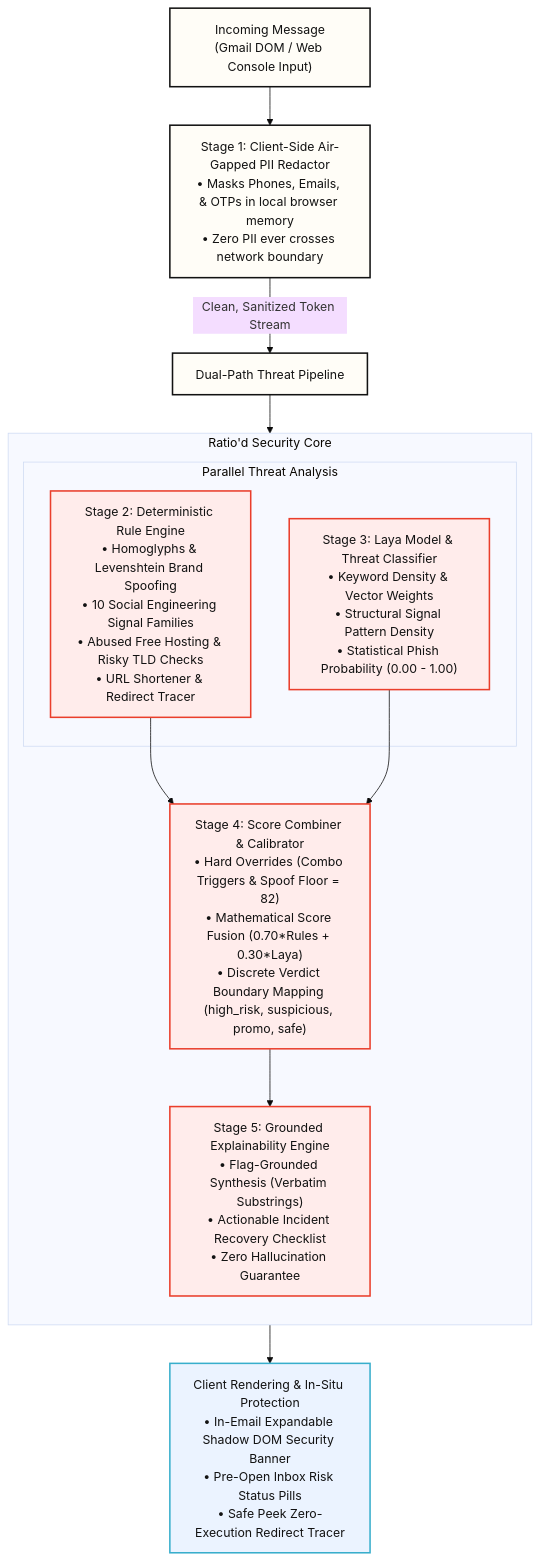
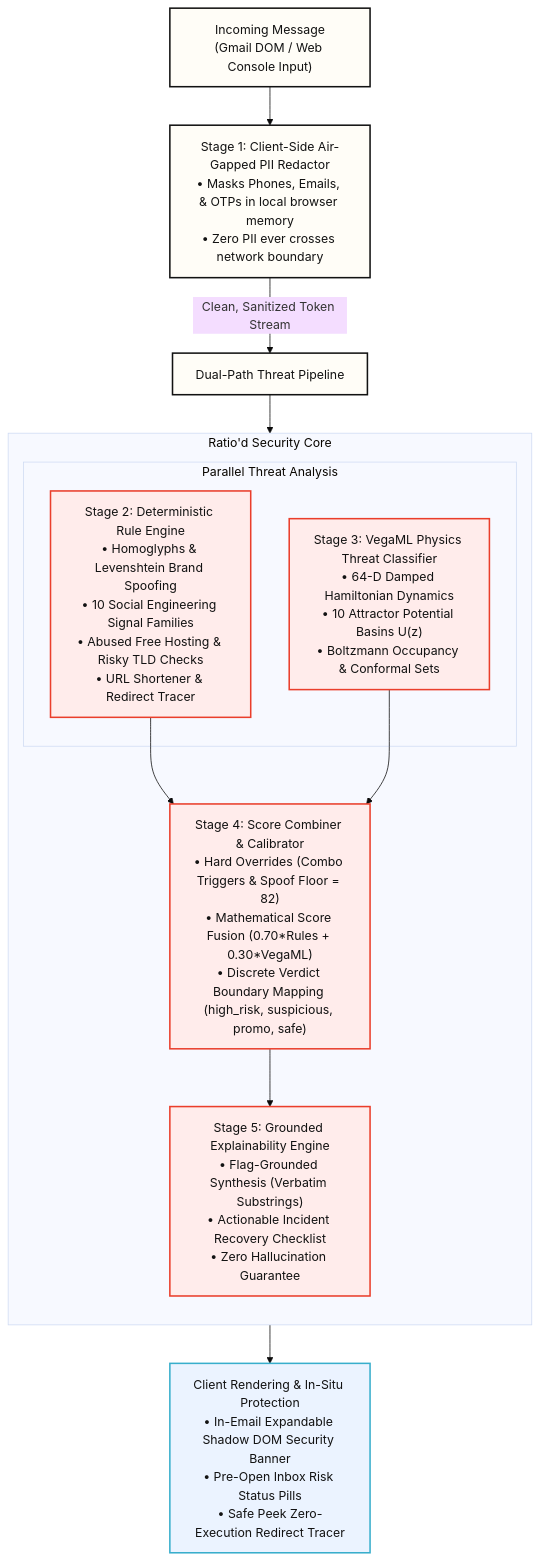
The first of 4 diagrams in README.md (VedxntDev/Ratio-d), drawn with Mermaid (base theme) before and after one commit. The commit also changed other lines of this file and 6 other files, not shown here.

Commit message:
feat(extension,docs): surface VegaML physics telemetry in extension and expand README architecture

````diff
--- a/README.md
+++ b/README.md
@@ -132,35 +132,35 @@
 ```mermaid
 flowchart TD
     INCOMING["Incoming Message<br/>(Gmail DOM / Web Console Input)"]
     
     INCOMING --> STAGE1["Stage 1: Client-Side Air-Gapped PII Redactor<br/>• Masks Phones, Emails, & OTPs in local browser memory<br/>• Zero PII ever crosses network boundary"]
     
     STAGE1 -->|Clean, Sanitized Token Stream| DUAL_PATH["Dual-Path Threat Pipeline"]
 
     subgraph CORE ["Ratio'd Security Core"]
         direction TB
         
         subgraph PARALLEL ["Parallel Threat Analysis"]
             STAGE2["Stage 2: Deterministic Rule Engine<br/>• Homoglyphs & Levenshtein Brand Spoofing<br/>• 10 Social Engineering Signal Families<br/>• Abused Free Hosting & Risky TLD Checks<br/>• URL Shortener & Redirect Tracer"]
             
-            STAGE3["Stage 3: Laya Model & Threat Classifier<br/>• Keyword Density & Vector Weights<br/>• Structural Signal Pattern Density<br/>• Statistical Phish Probability (0.00 - 1.00)"]
+            STAGE3["Stage 3: VegaML Physics Threat Classifier<br/>• 64-D Damped Hamiltonian Dynamics<br/>• 10 Attractor Potential Basins U(z)<br/>• Boltzmann Occupancy & Conformal Sets"]
         end
 
-        STAGE2 --> STAGE4["Stage 4: Score Combiner & Calibrator<br/>• Hard Overrides (Combo Triggers & Spoof Floor = 82)<br/>• Mathematical Score Fusion (0.70*Rules + 0.30*Laya)<br/>• Discrete Verdict Boundary Mapping (high_risk, suspicious, promo, safe)"]
+        STAGE2 --> STAGE4["Stage 4: Score Combiner & Calibrator<br/>• Hard Overrides (Combo Triggers & Spoof Floor = 82)<br/>• Mathematical Score Fusion (0.70*Rules + 0.30*VegaML)<br/>• Discrete Verdict Boundary Mapping (high_risk, suspicious, promo, safe)"]
         STAGE3 --> STAGE4
 
         STAGE4 --> STAGE5["Stage 5: Grounded Explainability Engine<br/>• Flag-Grounded Synthesis (Verbatim Substrings)<br/>• Actionable Incident Recovery Checklist<br/>• Zero Hallucination Guarantee"]
     end
 
     DUAL_PATH --> CORE
 
     STAGE5 --> RENDERING["Client Rendering & In-Situ Protection<br/>• In-Email Expandable Shadow DOM Security Banner<br/>• Pre-Open Inbox Risk Status Pills<br/>• Safe Peek Zero-Execution Redirect Tracer"]
 
     classDef stageBox fill:#FFFDF7,stroke:#121212,stroke-width:2px,color:#121212
     classDef coreBox fill:#FFECEB,stroke:#EA3E2B,stroke-width:2px,color:#121212
     classDef renderBox fill:#EBF3FF,stroke:#38AECC,stroke-width:2px,color:#121212
 
     class INCOMING,STAGE1,DUAL_PATH stageBox
     class STAGE2,STAGE3,STAGE4,STAGE5 coreBox
     class RENDERING renderBox
 ```
````
